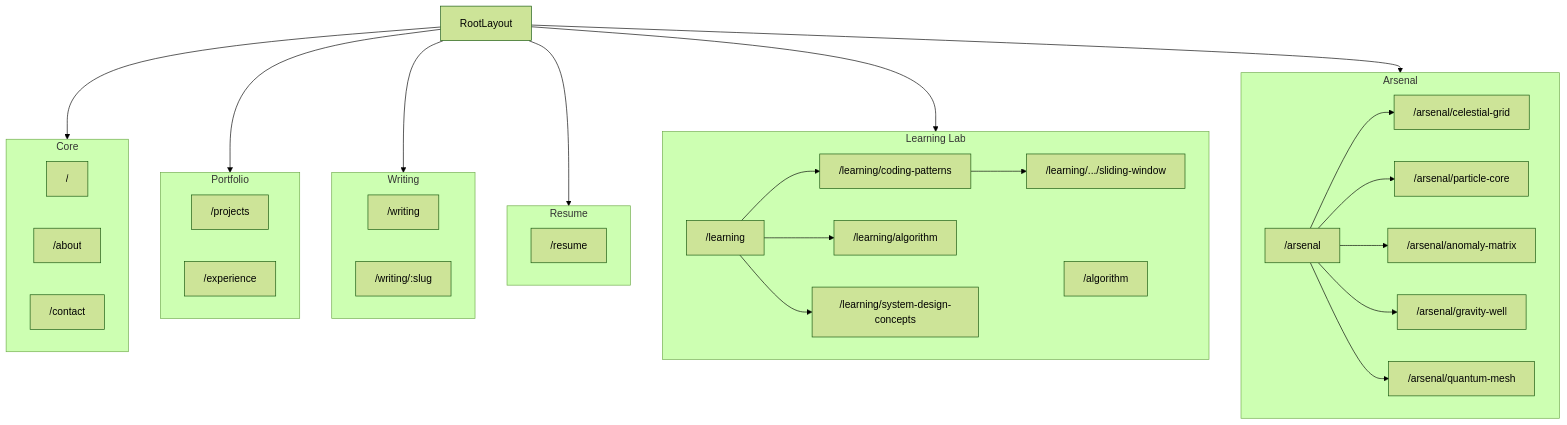
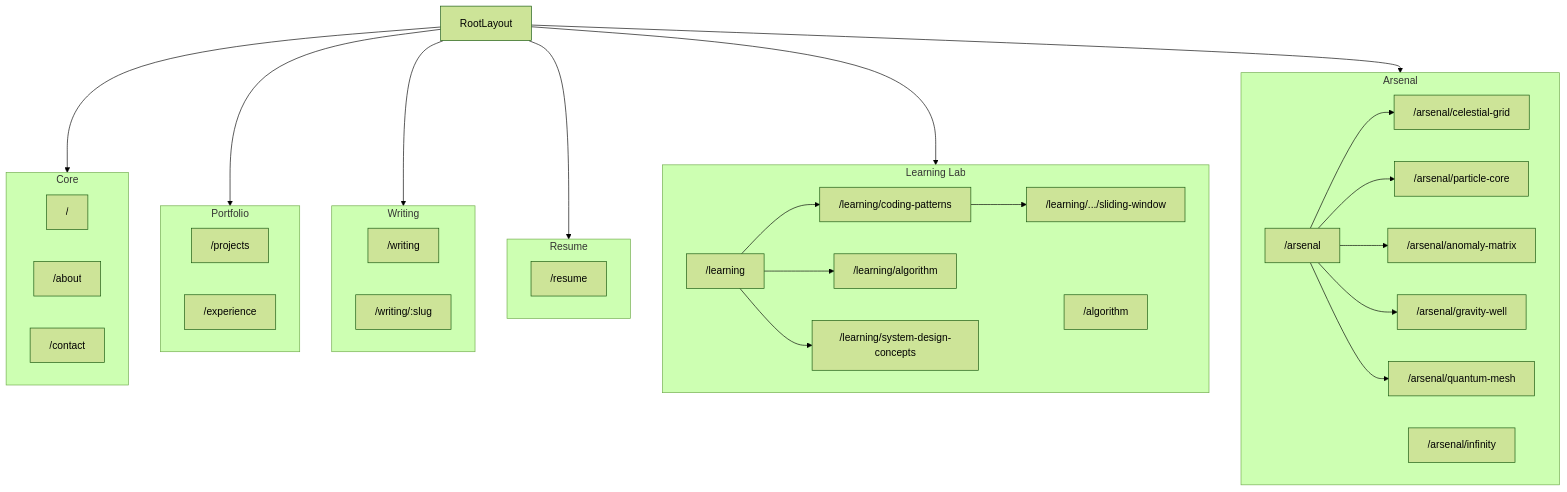
The first of 2 diagrams in .cursor/knowledge-graph/README.md (amsborse/amsborse.github.io), drawn with Mermaid (forest theme) before and after one commit. The commit also changed 12 other files, not shown here.

Commit message:
wip: save uncommitted work from the claude/arsenal-infinity worktree (not shipped)

````diff
--- a/.cursor/knowledge-graph/README.md
+++ b/.cursor/knowledge-graph/README.md
@@ -20,57 +20,58 @@
 ```mermaid
 flowchart TB
   subgraph core [Core]
     Home["/"]
     About["/about"]
     Contact["/contact"]
   end
 
   subgraph portfolio [Portfolio]
     Projects["/projects"]
     Experience["/experience"]
   end
 
   subgraph writing [Writing]
     Writing["/writing"]
     Article["/writing/:slug"]
   end
 
   subgraph resume [Resume]
     Resume["/resume"]
   end
 
   subgraph learning [Learning Lab]
     Learning["/learning"]
     Patterns["/learning/coding-patterns"]
     Sliding["/learning/.../sliding-window"]
     AlgoHub["/learning/algorithm"]
     SysDesign["/learning/system-design-concepts"]
     Algorithms["/algorithm"]
   end
 
   subgraph visual [Arsenal]
     Arsenal["/arsenal"]
     Celestial["/arsenal/celestial-grid"]
     Particle["/arsenal/particle-core"]
     Anomaly["/arsenal/anomaly-matrix"]
     Gravity["/arsenal/gravity-well"]
     Quantum["/arsenal/quantum-mesh"]
+    Infinity["/arsenal/infinity"]
   end
 
   RootLayout --> core
   RootLayout --> portfolio
   RootLayout --> writing
   RootLayout --> resume
   RootLayout --> learning
   RootLayout --> visual
 
   Learning --> Patterns
   Patterns --> Sliding
   Learning --> AlgoHub
   Learning --> SysDesign
   Arsenal --> Celestial
   Arsenal --> Particle
   Arsenal --> Anomaly
   Arsenal --> Gravity
   Arsenal --> Quantum
 ```
````
